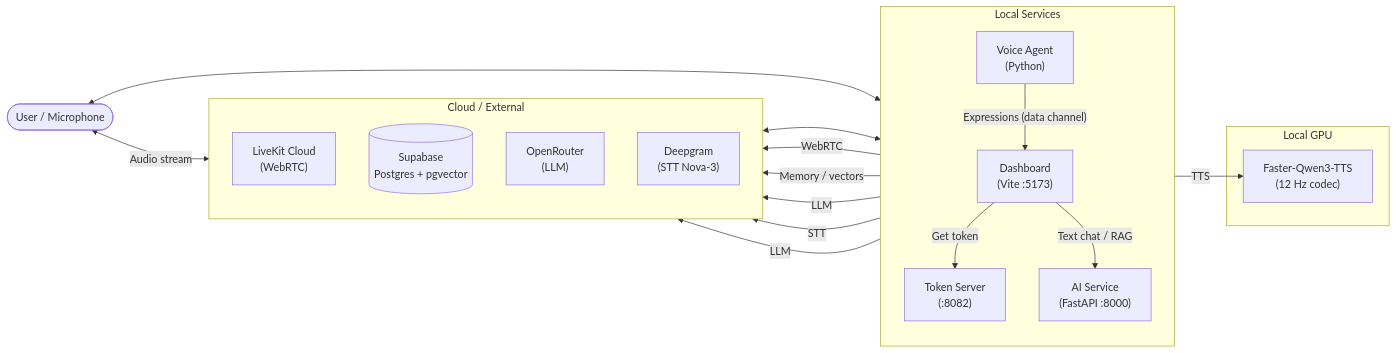
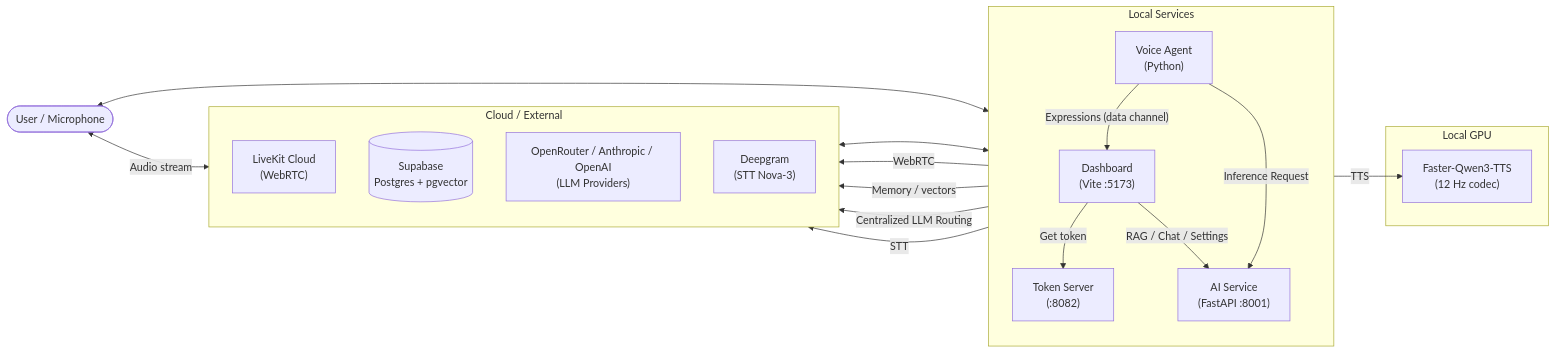
One commit to F201/Project_AURA changed the diagram in docs/architecture/ARCHITECTURE.md. Above: the diagram before and after it, drawn with Mermaid. The commit also changed other lines of this file and 60 other files, not shown here.

First line of the commit message:
Refactor AI service providers, memory, and APIs

````diff
--- a/docs/architecture/ARCHITECTURE.md
+++ b/docs/architecture/ARCHITECTURE.md
@@ -18,37 +18,41 @@
 ```mermaid
 graph LR
     User([User / Microphone])
 
     subgraph Local ["Local Services"]
         direction TB
         Dash["Dashboard\n(Vite :5173)"]
-        AI["AI Service\n(FastAPI :8000)"]
+        AI["AI Service\n(FastAPI :8001)"]
         Voice["Voice Agent\n(Python)"]
         Token["Token Server\n(:8082)"]
     end
 
     subgraph Cloud ["Cloud / External"]
         direction TB
         LiveKit["LiveKit Cloud\n(WebRTC)"]
         Supabase[("Supabase\nPostgres + pgvector")]
-        OpenRouter["OpenRouter\n(LLM)"]
+        OpenRouter["OpenRouter / Anthropic / OpenAI\n(LLM Providers)"]
         Deepgram["Deepgram\n(STT Nova-3)"]
     end
 
     subgraph Local_GPU ["Local GPU"]
         Qwen3["Faster-Qwen3-TTS\n(12 Hz codec)"]
     end
 
     User <--> Dash
     User -- "Audio stream" <--> LiveKit
     Dash -- "Get token" --> Token
-    Dash -- "Text chat / RAG" --> AI
+    Dash -- "RAG / Chat / Settings" --> AI
     Dash -- "WebRTC" --> LiveKit
+    
+    %% The Brain Interaction
     AI -- "Memory / vectors" --> Supabase
-    AI -- "LLM" --> OpenRouter
+    AI -- "Centralized LLM Routing" --> OpenRouter
+    
+    %% The Voice Interaction
     LiveKit <--> Voice
     Voice -- "STT" --> Deepgram
-    Voice -- "LLM" --> OpenRouter
+    Voice -- "Inference Request" --> AI
     Voice -- "TTS" --> Qwen3
     Voice -- "Expressions (data channel)" --> Dash
 ```
````
